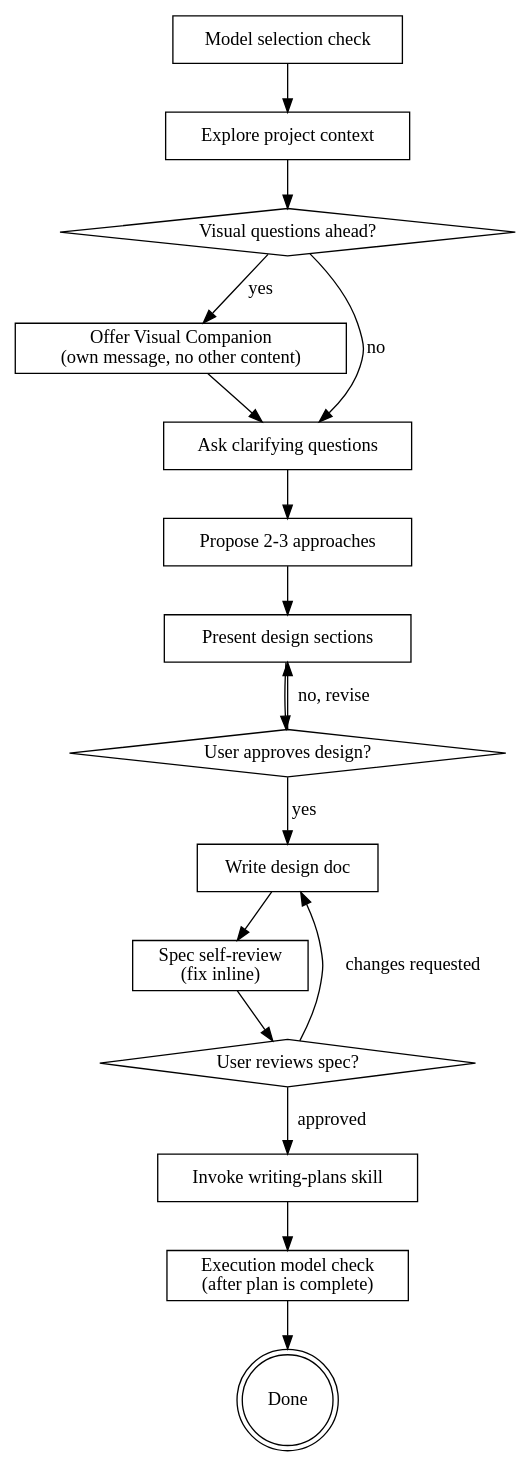
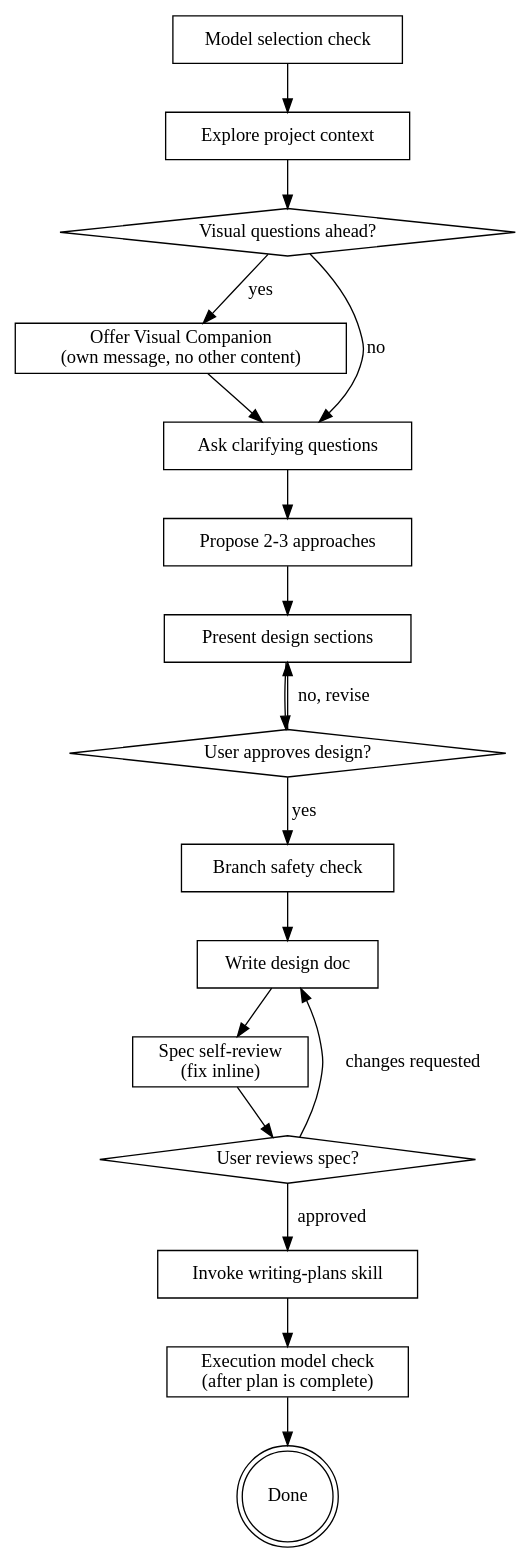
The diagram in skills/brainstorming/SKILL.md (pinedance/AGENTS), drawn with Graphviz before and after one commit. The commit also changed other lines of this file and 8 other files, not shown here.

````diff
--- a/skills/brainstorming/SKILL.md
+++ b/skills/brainstorming/SKILL.md
@@ -39,35 +40,37 @@
 ```dot
 digraph brainstorming {
     "Model selection check" [shape=box];
     "Explore project context" [shape=box];
     "Visual questions ahead?" [shape=diamond];
     "Offer Visual Companion\n(own message, no other content)" [shape=box];
     "Ask clarifying questions" [shape=box];
     "Propose 2-3 approaches" [shape=box];
     "Present design sections" [shape=box];
     "User approves design?" [shape=diamond];
+    "Branch safety check" [shape=box];
     "Write design doc" [shape=box];
     "Spec self-review\n(fix inline)" [shape=box];
     "User reviews spec?" [shape=diamond];
     "Invoke writing-plans skill" [shape=box];
     "Execution model check\n(after plan is complete)" [shape=box];
     "Done" [shape=doublecircle];
 
     "Model selection check" -> "Explore project context";
     "Explore project context" -> "Visual questions ahead?";
     "Visual questions ahead?" -> "Offer Visual Companion\n(own message, no other content)" [label="yes"];
     "Visual questions ahead?" -> "Ask clarifying questions" [label="no"];
     "Offer Visual Companion\n(own message, no other content)" -> "Ask clarifying questions";
     "Ask clarifying questions" -> "Propose 2-3 approaches";
     "Propose 2-3 approaches" -> "Present design sections";
     "Present design sections" -> "User approves design?";
     "User approves design?" -> "Present design sections" [label="no, revise"];
-    "User approves design?" -> "Write design doc" [label="yes"];
+    "User approves design?" -> "Branch safety check" [label="yes"];
+    "Branch safety check" -> "Write design doc";
     "Write design doc" -> "Spec self-review\n(fix inline)";
     "Spec self-review\n(fix inline)" -> "User reviews spec?";
     "User reviews spec?" -> "Write design doc" [label="changes requested"];
     "User reviews spec?" -> "Invoke writing-plans skill" [label="approved"];
     "Invoke writing-plans skill" -> "Execution model check\n(after plan is complete)";
     "Execution model check\n(after plan is complete)" -> "Done";
 }
 ```
````
